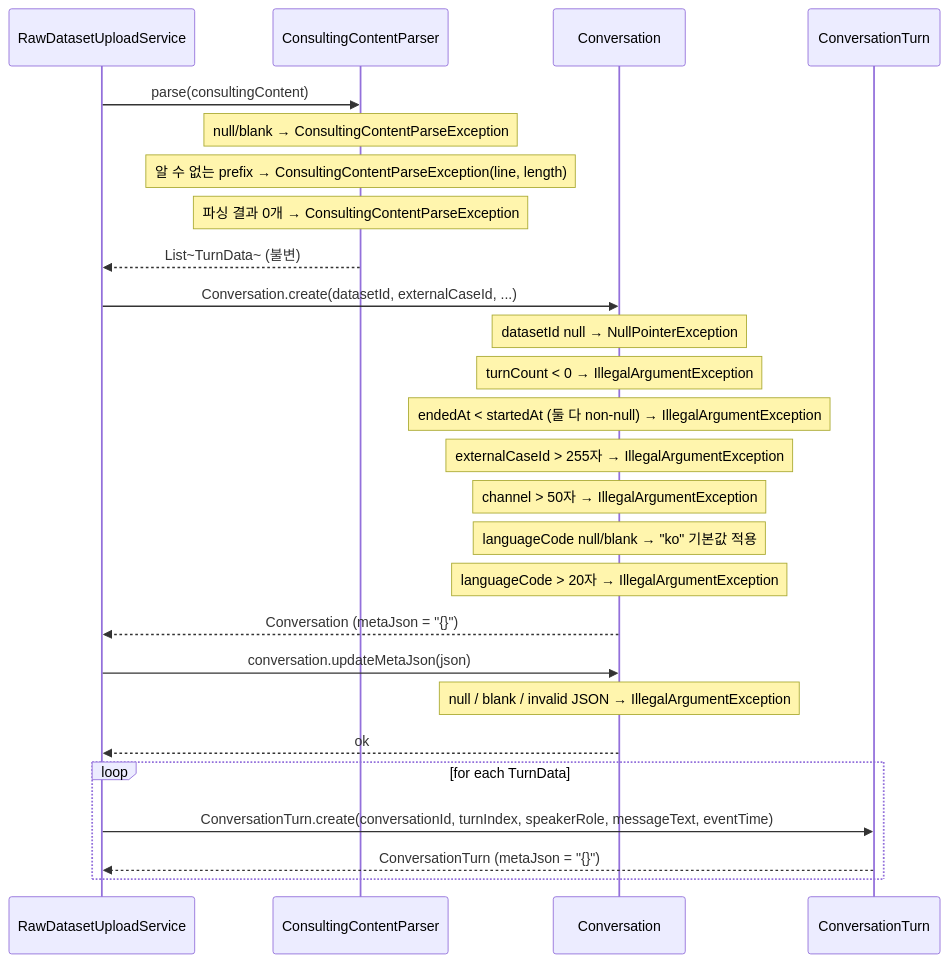
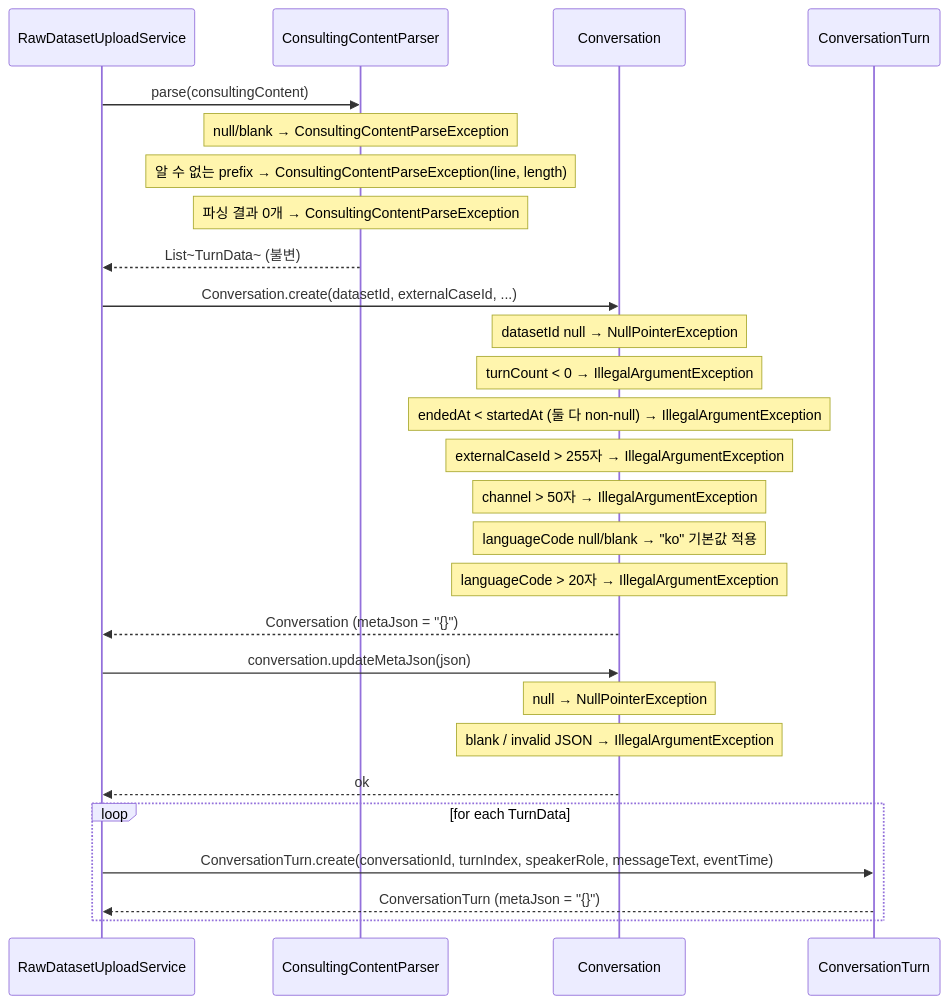
Before and after one commit to ajou-2026-1-capstone-5/ostone: the first of 2 diagrams in .agent/specs/122.md, drawn with Mermaid. The commit also changed other lines of this file and 1 other file, not shown here.

````diff
--- a/.agent/specs/122.md
+++ b/.agent/specs/122.md
@@ -15,32 +15,33 @@
 ```mermaid
 sequenceDiagram
     participant svc as RawDatasetUploadService
     participant parser as ConsultingContentParser
     participant conv as Conversation
     participant turn as ConversationTurn
 
     svc ->> parser: parse(consultingContent)
     Note over parser: null/blank → ConsultingContentParseException
     Note over parser: 알 수 없는 prefix → ConsultingContentParseException(line, length)
     Note over parser: 파싱 결과 0개 → ConsultingContentParseException
     parser -->> svc: List~TurnData~ (불변)
 
     svc ->> conv: Conversation.create(datasetId, externalCaseId, ...)
     Note over conv: datasetId null → NullPointerException
     Note over conv: turnCount < 0 → IllegalArgumentException
     Note over conv: endedAt < startedAt (둘 다 non-null) → IllegalArgumentException
     Note over conv: externalCaseId > 255자 → IllegalArgumentException
     Note over conv: channel > 50자 → IllegalArgumentException
     Note over conv: languageCode null/blank → "ko" 기본값 적용
     Note over conv: languageCode > 20자 → IllegalArgumentException
     conv -->> svc: Conversation (metaJson = "{}")
 
     svc ->> conv: conversation.updateMetaJson(json)
-    Note over conv: null / blank / invalid JSON → IllegalArgumentException
+    Note over conv: null → NullPointerException
+    Note over conv: blank / invalid JSON → IllegalArgumentException
     conv -->> svc: ok
 
     loop for each TurnData
         svc ->> turn: ConversationTurn.create(conversationId, turnIndex, speakerRole, messageText, eventTime)
         turn -->> svc: ConversationTurn (metaJson = "{}")
     end
 ```
````
